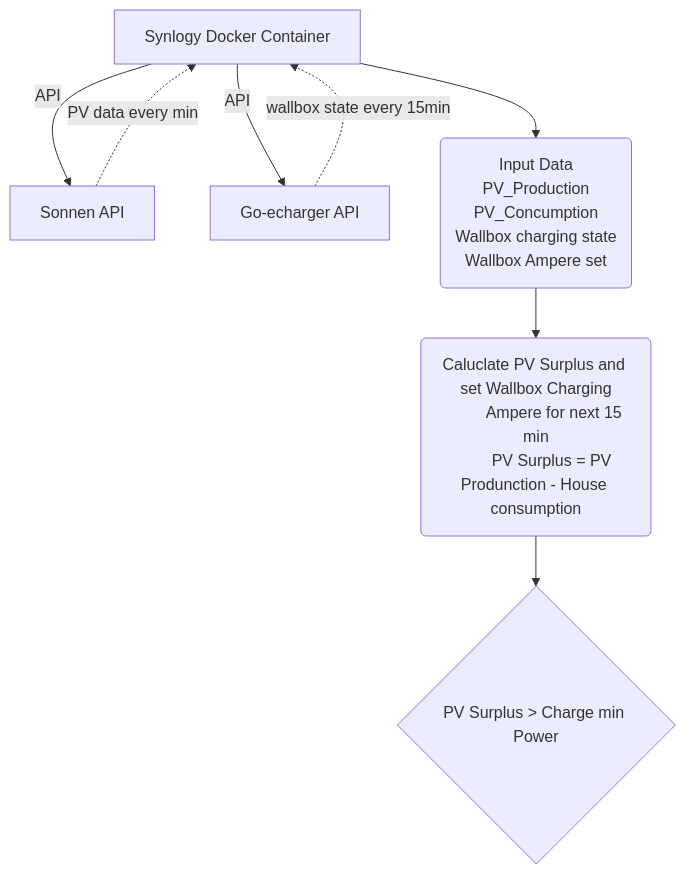
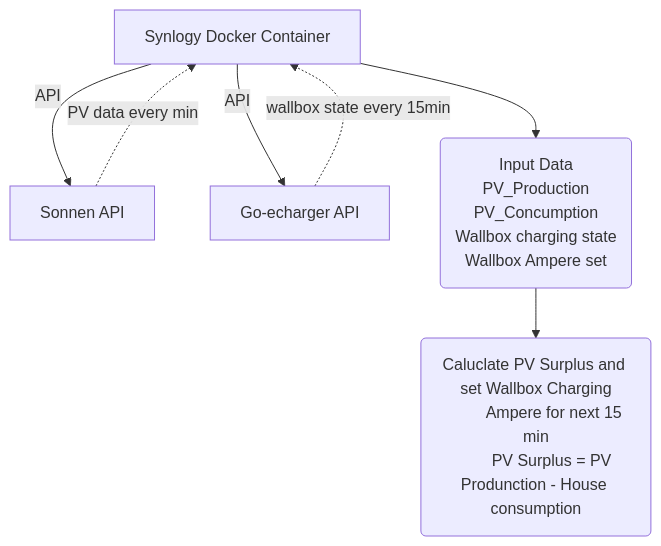
Before and after one commit to schwabenschulle/pvcharger: the diagram in README.md, drawn with Mermaid.

````diff
--- a/README.md
+++ b/README.md
@@ -22,16 +22,15 @@
 ```mermaid
 graph TD
 A[Synlogy Docker Container] -->|API| B[Sonnen API]
 B[Sonnen API] -.->|PV data every min| A[Synlogy Docker Container]
 A[Synlogy Docker Container] -->|API| C[Go-echarger API]
 C[Go-echarger API] -.->|wallbox state every 15min| A[Synlogy Docker Container]
 A[Synlogy Docker Container] -->D("Input Data
                 PV_Production
                 PV_Concumption
                 Wallbox charging state
                 Wallbox Ampere set")
 D --> E("Caluclate PV Surplus and set Wallbox Charging
          Ampere for next 15 min
         PV Surplus = PV Produnction - House consumption")
-E --> F{"PV Surplus > Charge min Power"}
 ```
````
